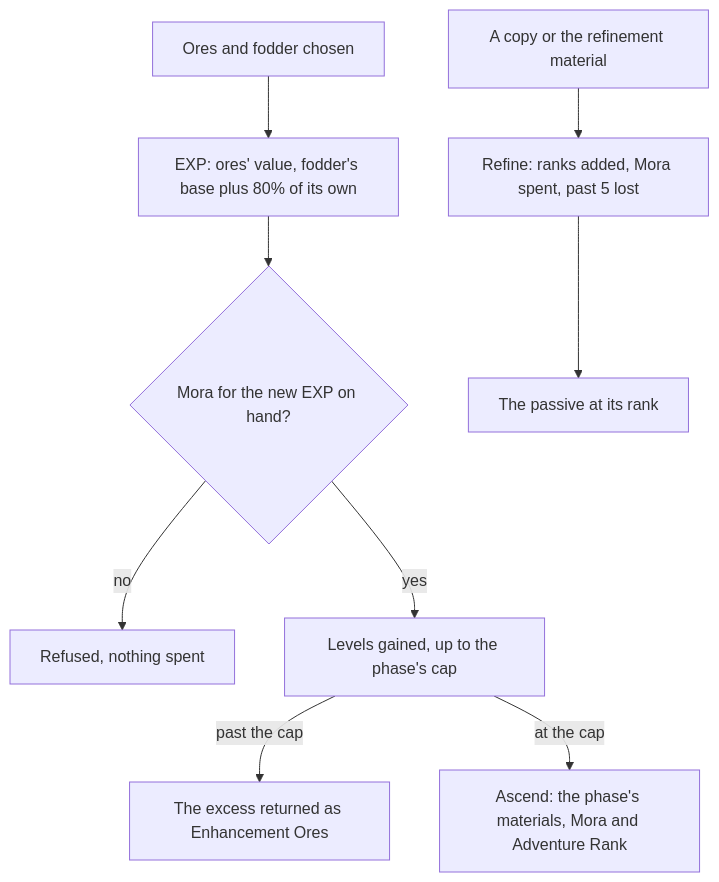
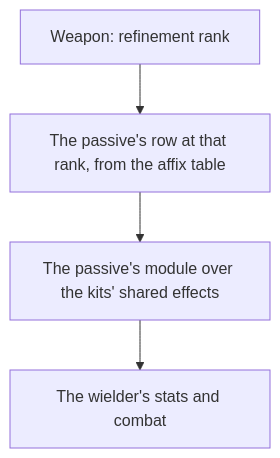
One commit to Esposter/Esposter changed the diagram in apps/web/content/docs/proposals/genshin/weapon-enhancement.md. Above: the diagram before and after it, drawn with Mermaid. The commit also changed other lines of this file and 4 other files, not shown here.

First line of the commit message:
docs(genshin): weapon enhancement's levelling, ascension and refinement are as built, its passive stays a proposal, and the recording that settles the levelling is on the roadmap

````diff
--- a/apps/web/content/docs/proposals/genshin/weapon-enhancement.md
+++ b/apps/web/content/docs/proposals/genshin/weapon-enhancement.md
@@ -22,11 +19,6 @@
 ```mermaid
 flowchart TD
-  ADD["Ores and fodder chosen"] --> EXP["EXP: ores' value, fodder's base plus 80% of its own"]
-  EXP --> PAY{"Mora for the new EXP on hand?"}
-  PAY -->|"no"| REFUSE["Refused, nothing spent"]
-  PAY -->|"yes"| LEVEL["Levels gained, up to the phase's cap"]
-  LEVEL -->|"past the cap"| ORES["The excess returned as Enhancement Ores"]
-  LEVEL -->|"at the cap"| ASCEND["Ascend: the phase's materials, Mora and Adventure Rank"]
-  COPY["A copy or the refinement material"] --> REFINE["Refine: ranks added, Mora spent, past 5 lost"]
-  REFINE --> PASSIVE["The passive at its rank"]
+  W["Weapon: refinement rank"] --> ROW["The passive's row at that rank, from the affix table"]
+  ROW --> MODULE["The passive's module over the kits' shared effects"]
+  MODULE --> FIGHT["The wielder's stats and combat"]
 ```
````
